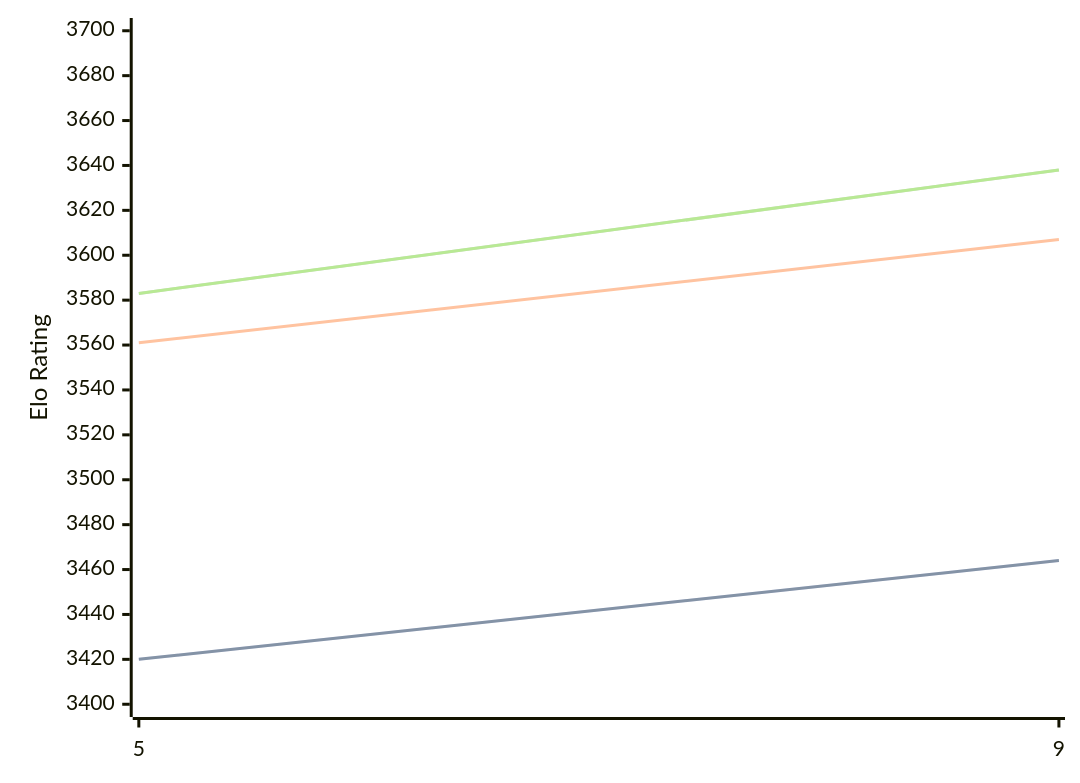
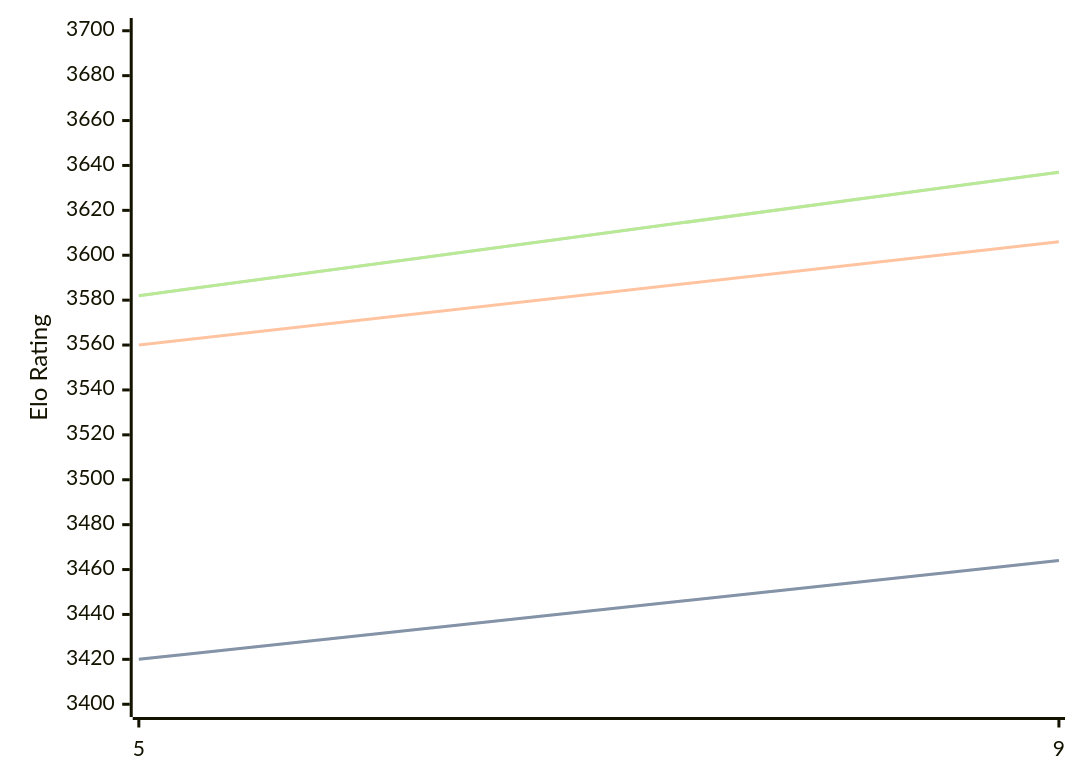
The diagram in engines/Crystal.md (computer-chess-index/cci), drawn with Mermaid before and after one commit. The commit also changed other lines of this file, not shown here.

Commit message:
Update CCI Ratings (ELO VLTC) - 2026-03-07

````diff
--- a/engines/Crystal.md
+++ b/engines/Crystal.md
@@ -58,11 +58,11 @@
 ```mermaid
 %%{init: {"theme":"base","themeVariables":{"seriesColors:['#a3a3a3','#222221','#faa371']}}}%%
 xychart-beta
   x-axis ["5", "9"]
   y-axis "Elo Rating" 3400 --> 3700
   line "STC (8.0+0.08s)" [3420, 3464]
   line "STC (8.0+0.08s)" [3420, 3464]
-  line "LTC (60.0+0.60s)" [3561, 3607]
-  line "VLTC (2m24s+1.12s)" [3583, 3638]
-  line "VLTC (2m24s+1.12s)" [3583, 3638]
+  line "LTC (60.0+0.60s)" [3560, 3606]
+  line "VLTC (2m24s+1.12s)" [3582, 3637]
+  line "VLTC (2m24s+1.12s)" [3582, 3637]
 ```
````
